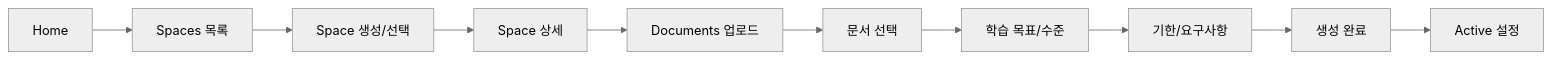
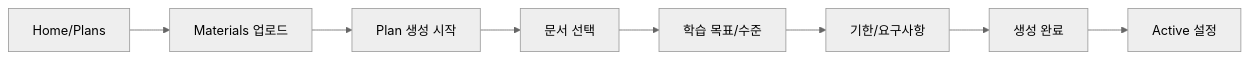
One commit to qaws7791/turbo-hono-next changed the second of 3 diagrams in docs/03-product/user-flow.md. Above: the diagram before and after it, drawn with Mermaid (neutral theme). The commit also changed other lines of this file and 36 other files, not shown here.

````diff
--- a/docs/03-product/user-flow.md
+++ b/docs/03-product/user-flow.md
@@ -53,12 +52,10 @@
 ```mermaid
 flowchart LR
-    A[Home] --> B[Spaces 목록]
-    B --> C[Space 생성/선택]
-    C --> D[Space 상세]
-    D --> E[Documents 업로드]
-    E --> F[문서 선택]
-    F --> G[학습 목표/수준]
-    G --> H[기한/요구사항]
-    H --> I[생성 완료]
-    I --> J[Active 설정]
+    A[Home/Plans] --> B[Materials 업로드]
+    B --> C[Plan 생성 시작]
+    C --> D[문서 선택]
+    D --> E[학습 목표/수준]
+    E --> F[기한/요구사항]
+    F --> G[생성 완료]
+    G --> H[Active 설정]
 ```
````
